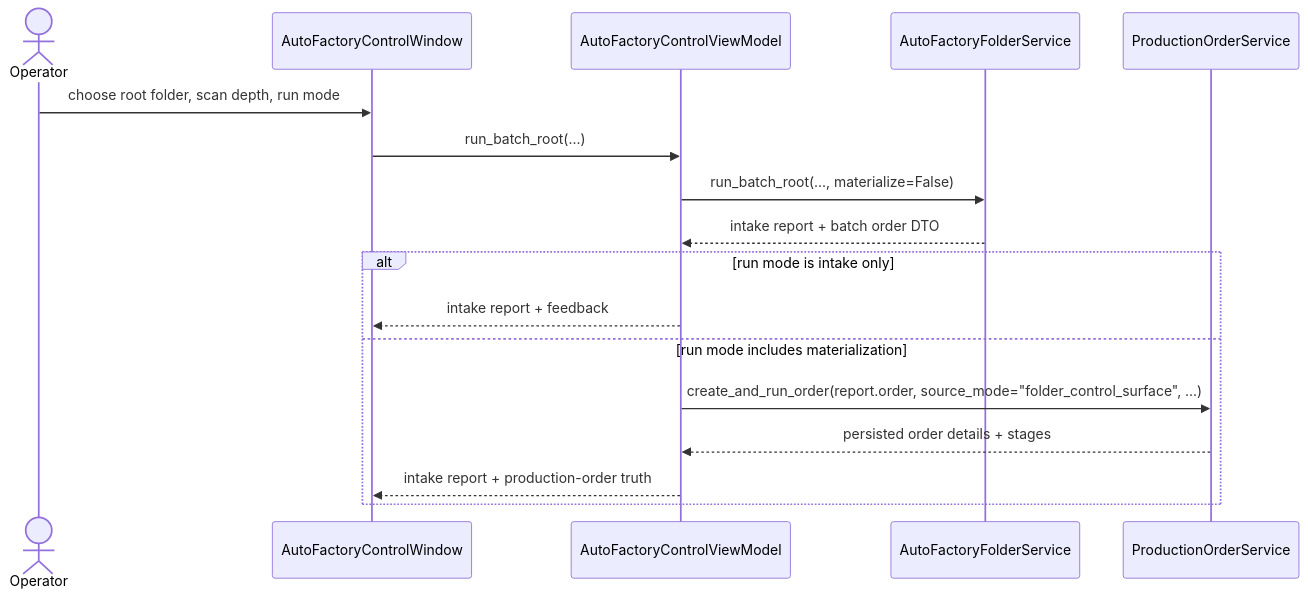
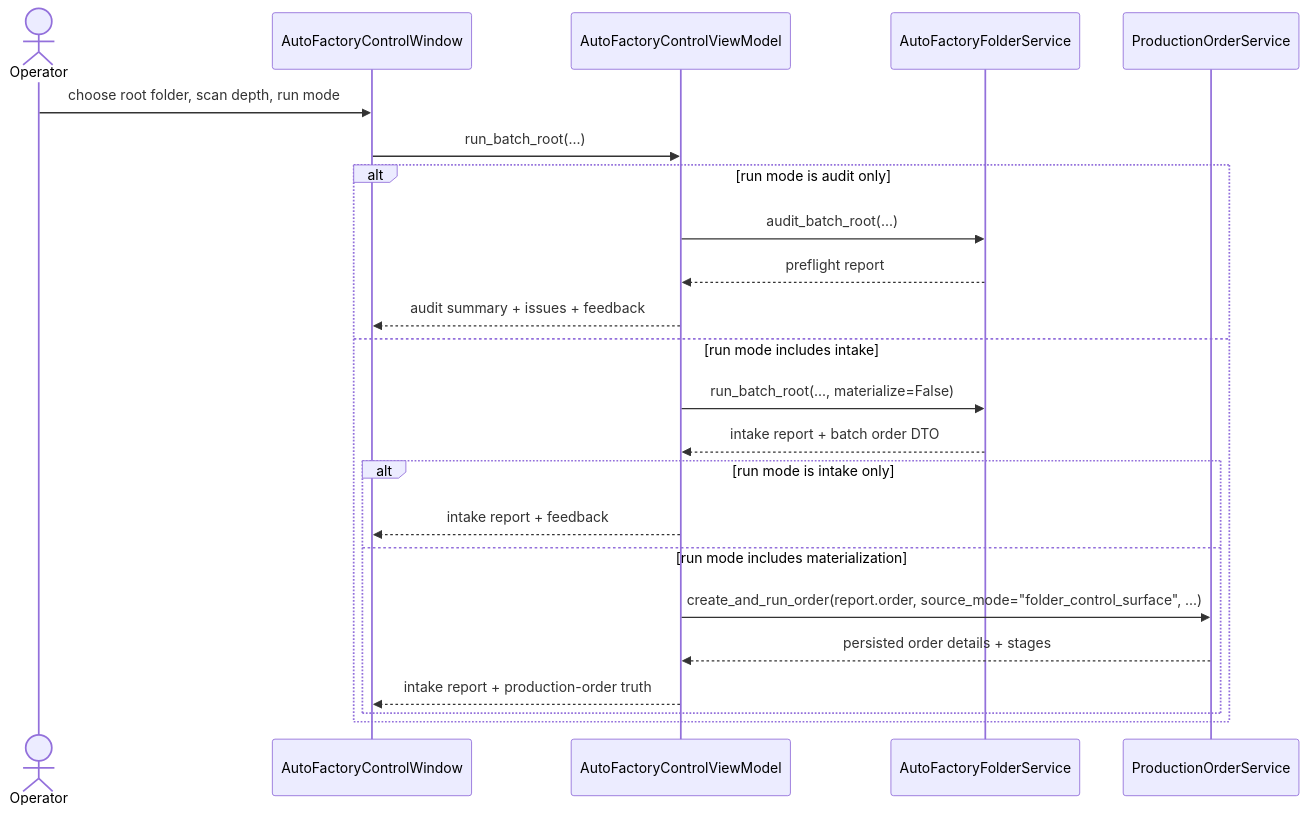
Before and after one commit to idev006/MTClipFactory: the second of 2 diagrams in doc/37_Auto_Factory_Control_Surface_Workflow_2026-06-13.md, drawn with Mermaid. The commit also changed other lines of this file and 8 other files, not shown here.

Commit message:
Add audit-only auto factory UI mode

````diff
--- a/doc/37_Auto_Factory_Control_Surface_Workflow_2026-06-13.md
+++ b/doc/37_Auto_Factory_Control_Surface_Workflow_2026-06-13.md
@@ -89,20 +100,26 @@
 ```mermaid
 sequenceDiagram
     actor Operator
     participant View as AutoFactoryControlWindow
     participant VM as AutoFactoryControlViewModel
     participant FolderSvc as AutoFactoryFolderService
     participant OrderSvc as ProductionOrderService
 
     Operator->>View: choose root folder, scan depth, run mode
     View->>VM: run_batch_root(...)
-    VM->>FolderSvc: run_batch_root(..., materialize=False)
-    FolderSvc-->>VM: intake report + batch order DTO
-    alt run mode is intake only
-        VM-->>View: intake report + feedback
-    else run mode includes materialization
-        VM->>OrderSvc: create_and_run_order(report.order, source_mode="folder_control_surface", ...)
-        OrderSvc-->>VM: persisted order details + stages
-        VM-->>View: intake report + production-order truth
+    alt run mode is audit only
+        VM->>FolderSvc: audit_batch_root(...)
+        FolderSvc-->>VM: preflight report
+        VM-->>View: audit summary + issues + feedback
+    else run mode includes intake
+        VM->>FolderSvc: run_batch_root(..., materialize=False)
+        FolderSvc-->>VM: intake report + batch order DTO
+        alt run mode is intake only
+            VM-->>View: intake report + feedback
+        else run mode includes materialization
+            VM->>OrderSvc: create_and_run_order(report.order, source_mode="folder_control_surface", ...)
+            OrderSvc-->>VM: persisted order details + stages
+            VM-->>View: intake report + production-order truth
+        end
     end
 ```
````
